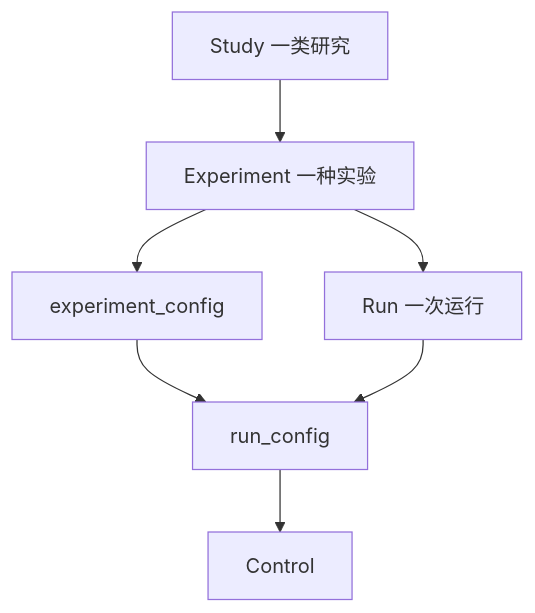
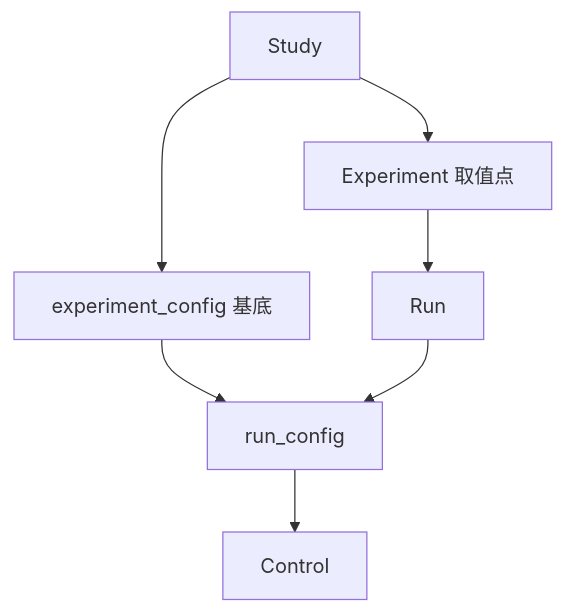
The fifth of 6 diagrams in docs/code_structure/structure.md (diaoenmao/RPipe), drawn with Mermaid before and after one commit. The commit also changed other lines of this file and 63 other files, not shown here.

````diff
--- a/docs/code_structure/structure.md
+++ b/docs/code_structure/structure.md
@@ -523,16 +550,16 @@
 ```mermaid
 flowchart TB
-  study["Study 一类研究"]
-  exp["Experiment 一种实验"]
-  run["Run 一次运行"]
-  expCfg["experiment_config"]
+  study["Study"]
+  exp["Experiment 取值点"]
+  run["Run"]
+  expCfg["experiment_config 基底"]
   runCfg["run_config"]
   control["Control"]
 
   study --> exp
+  study --> expCfg
   exp --> run
-  exp --> expCfg
   expCfg --> runCfg
   run --> runCfg
   runCfg --> control
 ```
````
